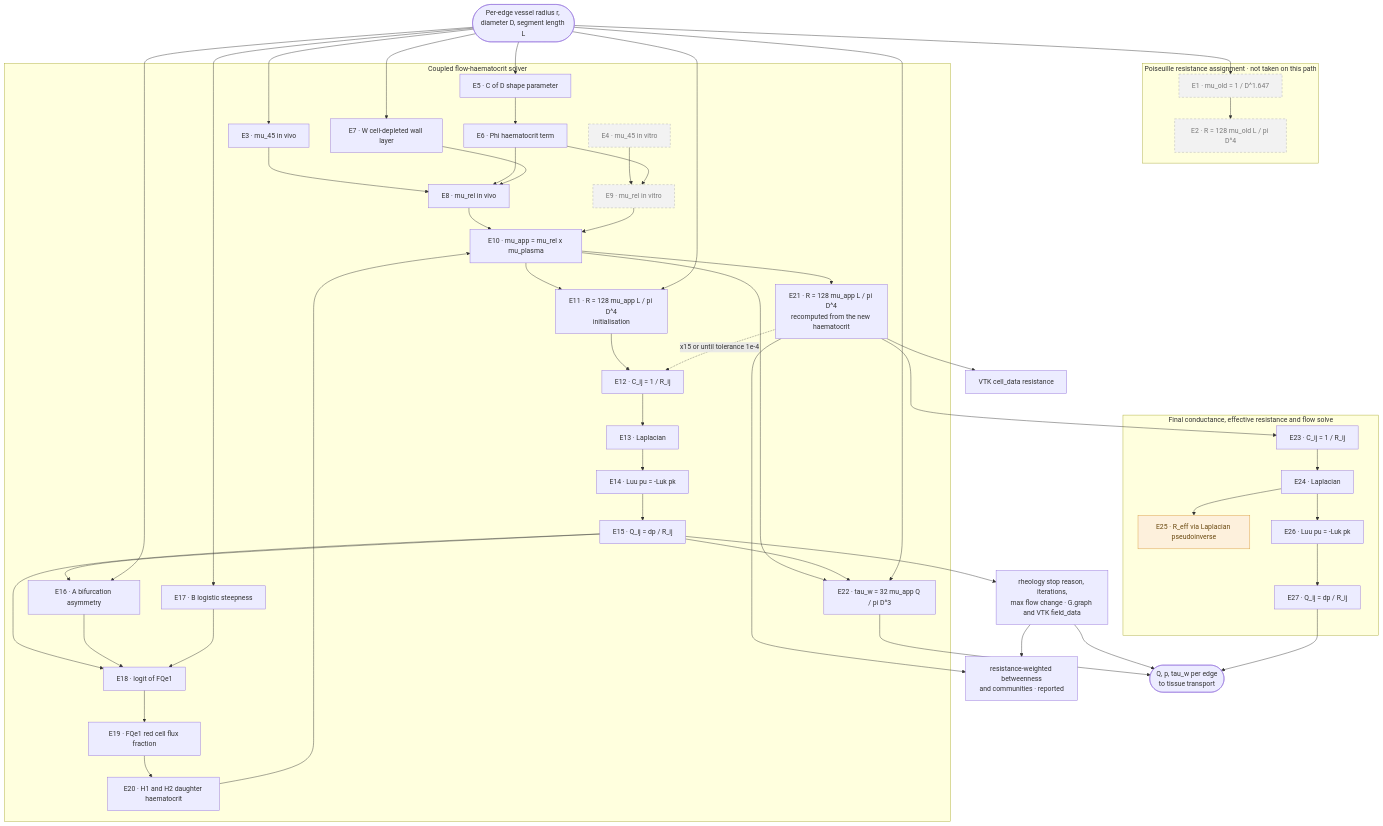
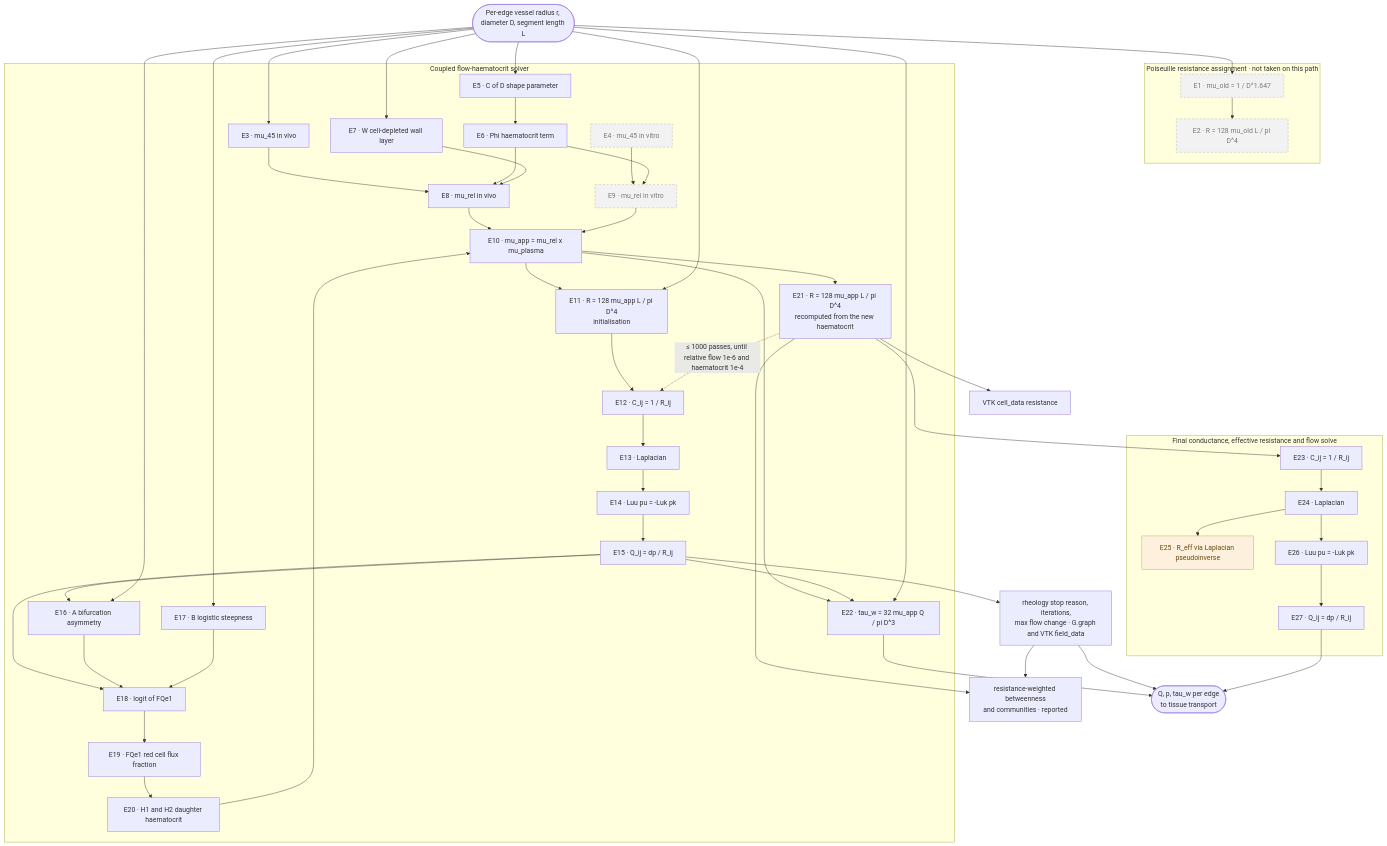
Before and after one commit to physiomelinks/HaemoLynx: the first of 2 diagrams in post_radius_assignment_equation_flow.md, drawn with Mermaid. The commit also changed other lines of this file and 12 other files, not shown here.

```diff
--- a/post_radius_assignment_equation_flow.md
+++ b/post_radius_assignment_equation_flow.md
@@ -69,7 +69,7 @@
     E10 --> E21
     E10 --> E22
     E15 --> E22
-    E21 -. "x15 or until tolerance 1e-4" .-> E12
+    E21 -. "≤ 1000 passes, until relative flow 1e-6 and haematocrit 1e-4" .-> E12
   end
 
   subgraph S4["Final conductance, effective resistance and flow solve"]
```
